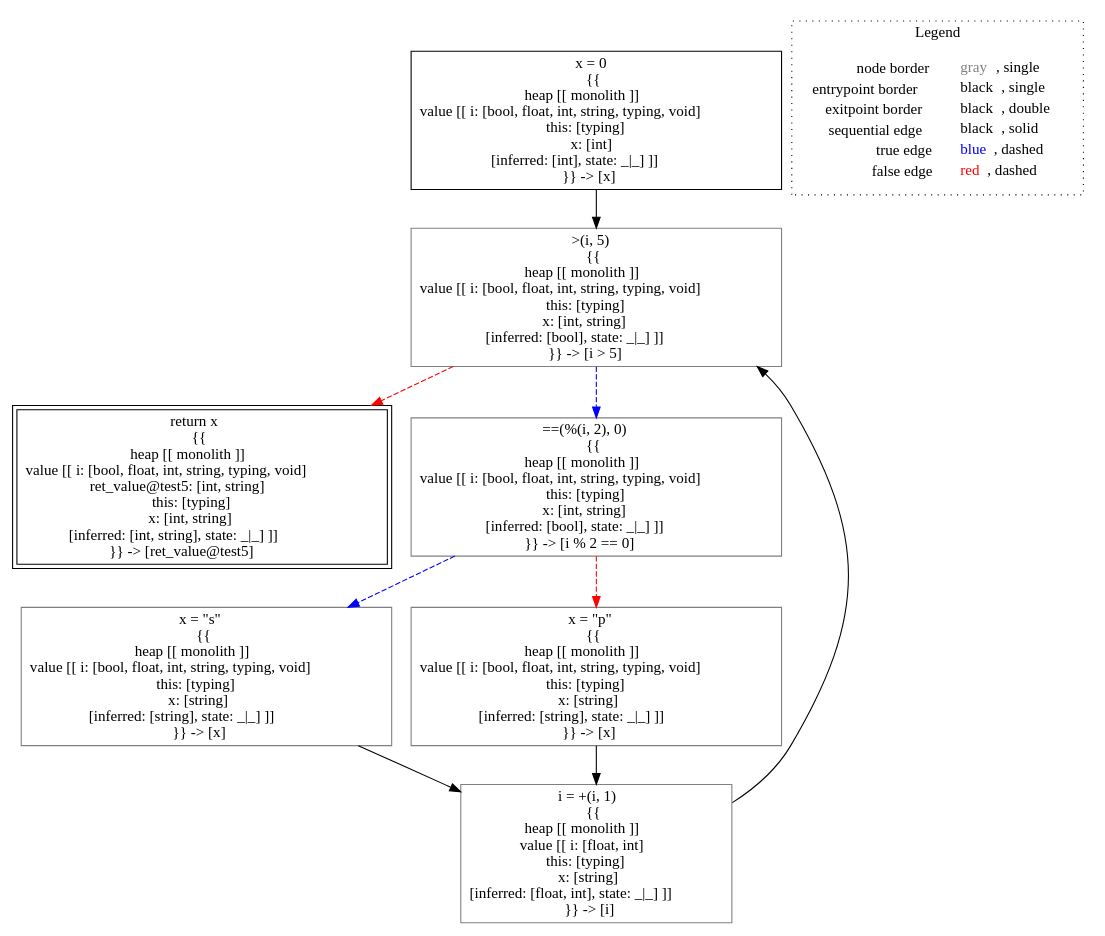
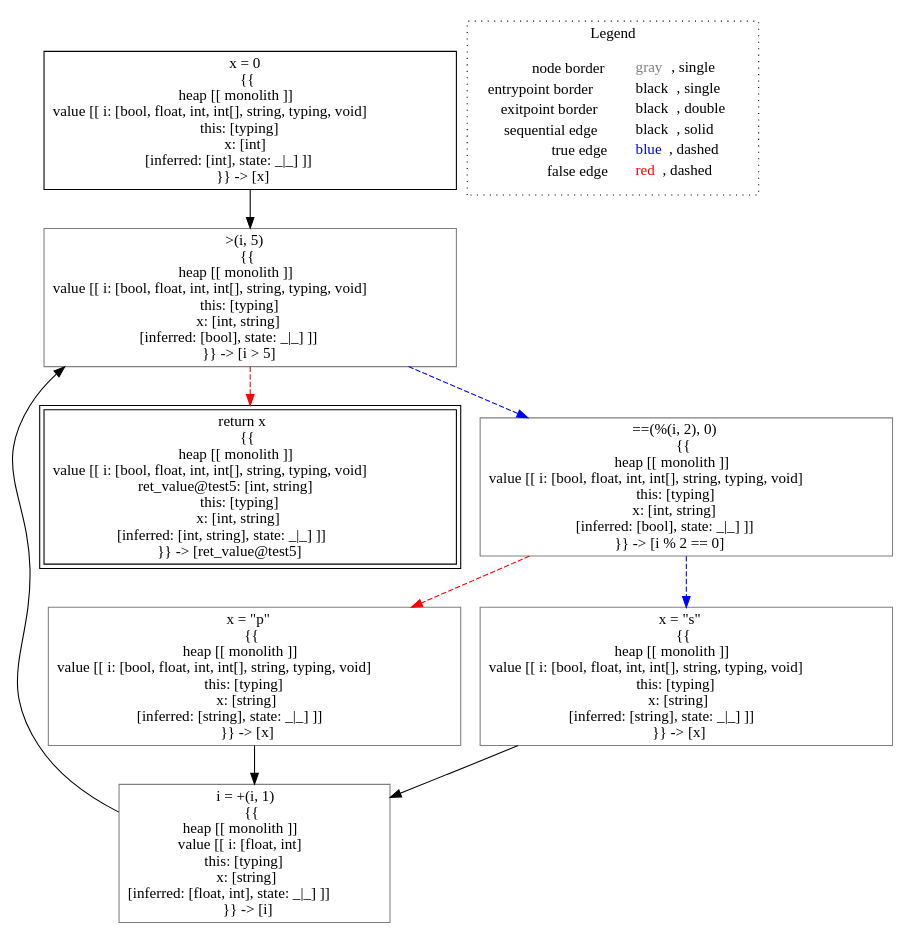
The diagram in lisa/imp-testcases/type-inference/typing___untyped_typing.test5(typing_this,_untyped_i).dot (lisa-analyzer/lisa), drawn with Graphviz before and after one commit. The commit also changed 8 other files, not shown here.

Commit message:
#95 simple typing test, fixed monolithic rewriting for heap dereference

```diff
--- a/lisa/imp-testcases/type-inference/typing___untyped_typing.test5(typing_this,_untyped_i).dot
+++ b/lisa/imp-testcases/type-inference/typing___untyped_typing.test5(typing_this,_untyped_i).dot
@@ -1,24 +1,24 @@
 digraph {
-	"node0" [shape="rect",color="black",label=<x = 0<BR/>{{<BR/>heap [[ monolith ]]<BR/>value [[ i: [bool, float, int, string, typing, void]<BR/>this: [typing]<BR/>x: [int]<BR/>[inferred: [int], state: _|_] ]]<BR/>}} -&gt; [x]>];
-	"node1" [shape="rect",color="gray",label=<&gt;(i, 5)<BR/>{{<BR/>heap [[ monolith ]]<BR/>value [[ i: [bool, float, int, string, typing, void]<BR/>this: [typing]<BR/>x: [int, string]<BR/>[inferred: [bool], state: _|_] ]]<BR/>}} -&gt; [i &gt; 5]>];
-	"node2" [shape="rect",color="gray",label=<x = &quot;s&quot;<BR/>{{<BR/>heap [[ monolith ]]<BR/>value [[ i: [bool, float, int, string, typing, void]<BR/>this: [typing]<BR/>x: [string]<BR/>[inferred: [string], state: _|_] ]]<BR/>}} -&gt; [x]>];
-	"node3" [shape="rect",color="gray",label=<i = +(i, 1)<BR/>{{<BR/>heap [[ monolith ]]<BR/>value [[ i: [float, int]<BR/>this: [typing]<BR/>x: [string]<BR/>[inferred: [float, int], state: _|_] ]]<BR/>}} -&gt; [i]>];
-	"node4" [shape="rect",color="black",peripheries="2",label=<return x<BR/>{{<BR/>heap [[ monolith ]]<BR/>value [[ i: [bool, float, int, string, typing, void]<BR/>ret_value@test5: [int, string]<BR/>this: [typing]<BR/>x: [int, string]<BR/>[inferred: [int, string], state: _|_] ]]<BR/>}} -&gt; [ret_value@test5]>];
-	"node5" [shape="rect",color="gray",label=<x = &quot;p&quot;<BR/>{{<BR/>heap [[ monolith ]]<BR/>value [[ i: [bool, float, int, string, typing, void]<BR/>this: [typing]<BR/>x: [string]<BR/>[inferred: [string], state: _|_] ]]<BR/>}} -&gt; [x]>];
-	"node6" [shape="rect",color="gray",label=<==(%(i, 2), 0)<BR/>{{<BR/>heap [[ monolith ]]<BR/>value [[ i: [bool, float, int, string, typing, void]<BR/>this: [typing]<BR/>x: [int, string]<BR/>[inferred: [bool], state: _|_] ]]<BR/>}} -&gt; [i % 2 == 0]>];
-	"node0" -> "node1" [color="black"];
-	"node1" -> "node4" [color="red",style="dashed"];
-	"node1" -> "node6" [color="blue",style="dashed"];
-	"node2" -> "node3" [color="black"];
+	"node0" [shape="rect",color="black",label=<x = 0<BR/>{{<BR/>heap [[ monolith ]]<BR/>value [[ i: [bool, float, int, int[], string, typing, void]<BR/>this: [typing]<BR/>x: [int]<BR/>[inferred: [int], state: _|_] ]]<BR/>}} -&gt; [x]>];
+	"node1" [shape="rect",color="gray",label=<i = +(i, 1)<BR/>{{<BR/>heap [[ monolith ]]<BR/>value [[ i: [float, int]<BR/>this: [typing]<BR/>x: [string]<BR/>[inferred: [float, int], state: _|_] ]]<BR/>}} -&gt; [i]>];
+	"node2" [shape="rect",color="gray",label=<x = &quot;p&quot;<BR/>{{<BR/>heap [[ monolith ]]<BR/>value [[ i: [bool, float, int, int[], string, typing, void]<BR/>this: [typing]<BR/>x: [string]<BR/>[inferred: [string], state: _|_] ]]<BR/>}} -&gt; [x]>];
+	"node3" [shape="rect",color="gray",label=<x = &quot;s&quot;<BR/>{{<BR/>heap [[ monolith ]]<BR/>value [[ i: [bool, float, int, int[], string, typing, void]<BR/>this: [typing]<BR/>x: [string]<BR/>[inferred: [string], state: _|_] ]]<BR/>}} -&gt; [x]>];
+	"node4" [shape="rect",color="black",peripheries="2",label=<return x<BR/>{{<BR/>heap [[ monolith ]]<BR/>value [[ i: [bool, float, int, int[], string, typing, void]<BR/>ret_value@test5: [int, string]<BR/>this: [typing]<BR/>x: [int, string]<BR/>[inferred: [int, string], state: _|_] ]]<BR/>}} -&gt; [ret_value@test5]>];
+	"node5" [shape="rect",color="gray",label=<&gt;(i, 5)<BR/>{{<BR/>heap [[ monolith ]]<BR/>value [[ i: [bool, float, int, int[], string, typing, void]<BR/>this: [typing]<BR/>x: [int, string]<BR/>[inferred: [bool], state: _|_] ]]<BR/>}} -&gt; [i &gt; 5]>];
+	"node6" [shape="rect",color="gray",label=<==(%(i, 2), 0)<BR/>{{<BR/>heap [[ monolith ]]<BR/>value [[ i: [bool, float, int, int[], string, typing, void]<BR/>this: [typing]<BR/>x: [int, string]<BR/>[inferred: [bool], state: _|_] ]]<BR/>}} -&gt; [i % 2 == 0]>];
+	"node1" -> "node5" [color="black"];
+	"node2" -> "node1" [color="black"];
 	"node3" -> "node1" [color="black"];
-	"node5" -> "node3" [color="black"];
-	"node6" -> "node2" [color="blue",style="dashed"];
-	"node6" -> "node5" [color="red",style="dashed"];
+	"node0" -> "node5" [color="black"];
+	"node5" -> "node4" [color="red",style="dashed"];
+	"node5" -> "node6" [color="blue",style="dashed"];
+	"node6" -> "node2" [color="red",style="dashed"];
+	"node6" -> "node3" [color="blue",style="dashed"];
 subgraph cluster_legend {
 	label="Legend";
 	style=dotted;
 	node [shape=plaintext];
 	"legend" [label=<<table border="0" cellpadding="2" cellspacing="0" cellborder="0"><tr><td align="right">node border&nbsp;</td><td align="left"><font color="gray">gray</font>, single</td></tr><tr><td align="right">entrypoint border&nbsp;</td><td align="left"><font color="black">black</font>, single</td></tr><tr><td align="right">exitpoint border&nbsp;</td><td align="left"><font color="black">black</font>, double</td></tr><tr><td align="right">sequential edge&nbsp;</td><td align="left"><font color="black">black</font>, solid</td></tr><tr><td align="right">true edge&nbsp;</td><td align="left"><font color="blue">blue</font>, dashed</td></tr><tr><td align="right">false edge&nbsp;</td><td align="left"><font color="red">red</font>, dashed</td></tr></table>>];
 }
 
 }
```
